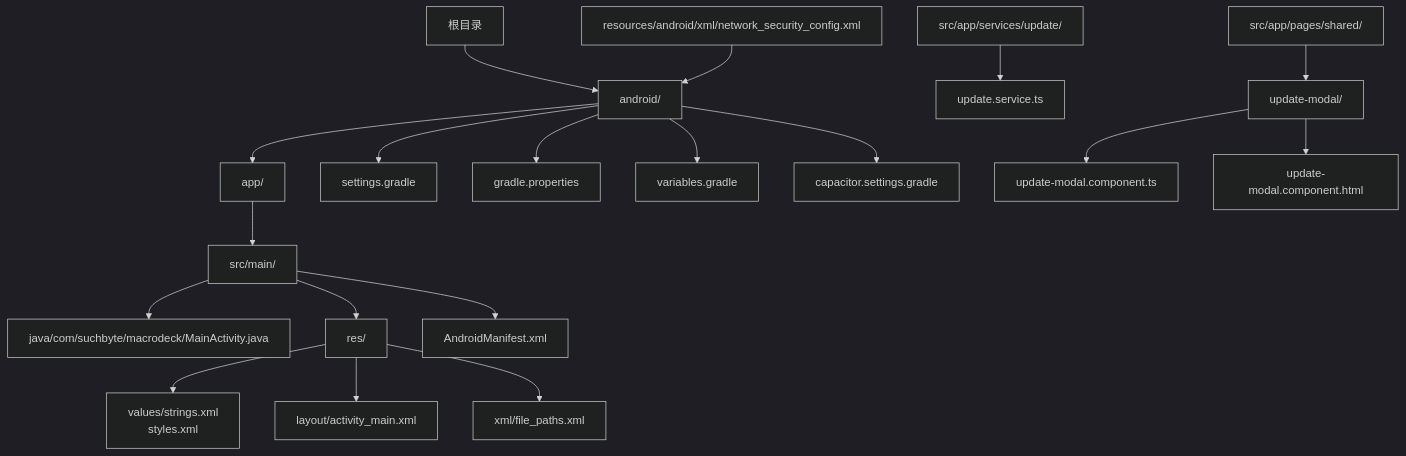
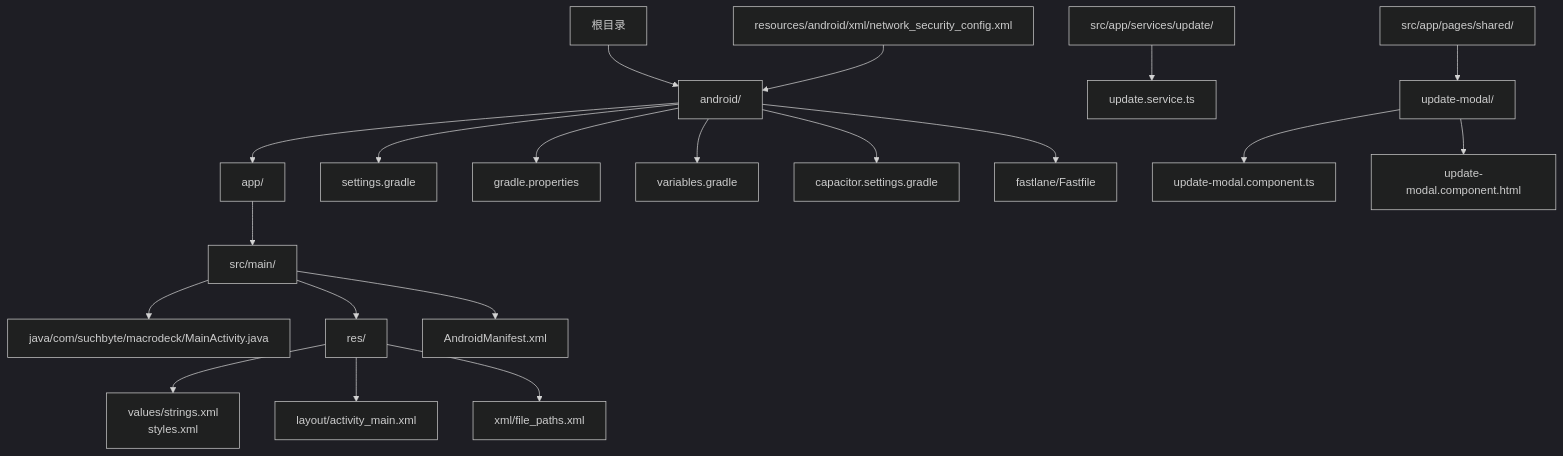
One commit to tea4go/Macro-Deck-Client-App changed the first of 11 diagrams in .qoder/repowiki/zh/content/原生平台集成/Android平台集成.md. Above: the diagram before and after it, drawn with Mermaid (dark theme). The commit also changed other lines of this file and 50 other files, not shown here.

````diff
--- a/.qoder/repowiki/zh/content/原生平台集成/Android平台集成.md
+++ b/.qoder/repowiki/zh/content/原生平台集成/Android平台集成.md
@@ -74,21 +74,22 @@
 ```mermaid
 graph TB
 Root["根目录"] --> Android["android/"]
 Android --> App["app/"]
 App --> SrcMain["src/main/"]
 SrcMain --> Java["java/com/suchbyte/macrodeck/MainActivity.java"]
 SrcMain --> Res["res/"]
 Res --> Values["values/strings.xml<br/>styles.xml"]
 Res --> Layout["layout/activity_main.xml"]
 Res --> XmlRes["xml/file_paths.xml"]
 SrcMain --> Manifest["AndroidManifest.xml"]
 Android --> Settings["settings.gradle"]
 Android --> GradleProps["gradle.properties"]
 Android --> Vars["variables.gradle"]
 Android --> CapacitorSettings["capacitor.settings.gradle"]
+Android --> Fastlane["fastlane/Fastfile"]
 Resources["resources/android/xml/network_security_config.xml"] --> Android
 UpdateService["src/app/services/update/"] --> UpdateTS["update.service.ts"]
 UpdateModal["src/app/pages/shared/"] --> UpdateModalComp["update-modal/"]
 UpdateModalComp --> ModalTS["update-modal.component.ts"]
 UpdateModalComp --> ModalHTML["update-modal.component.html"]
 ```
````
